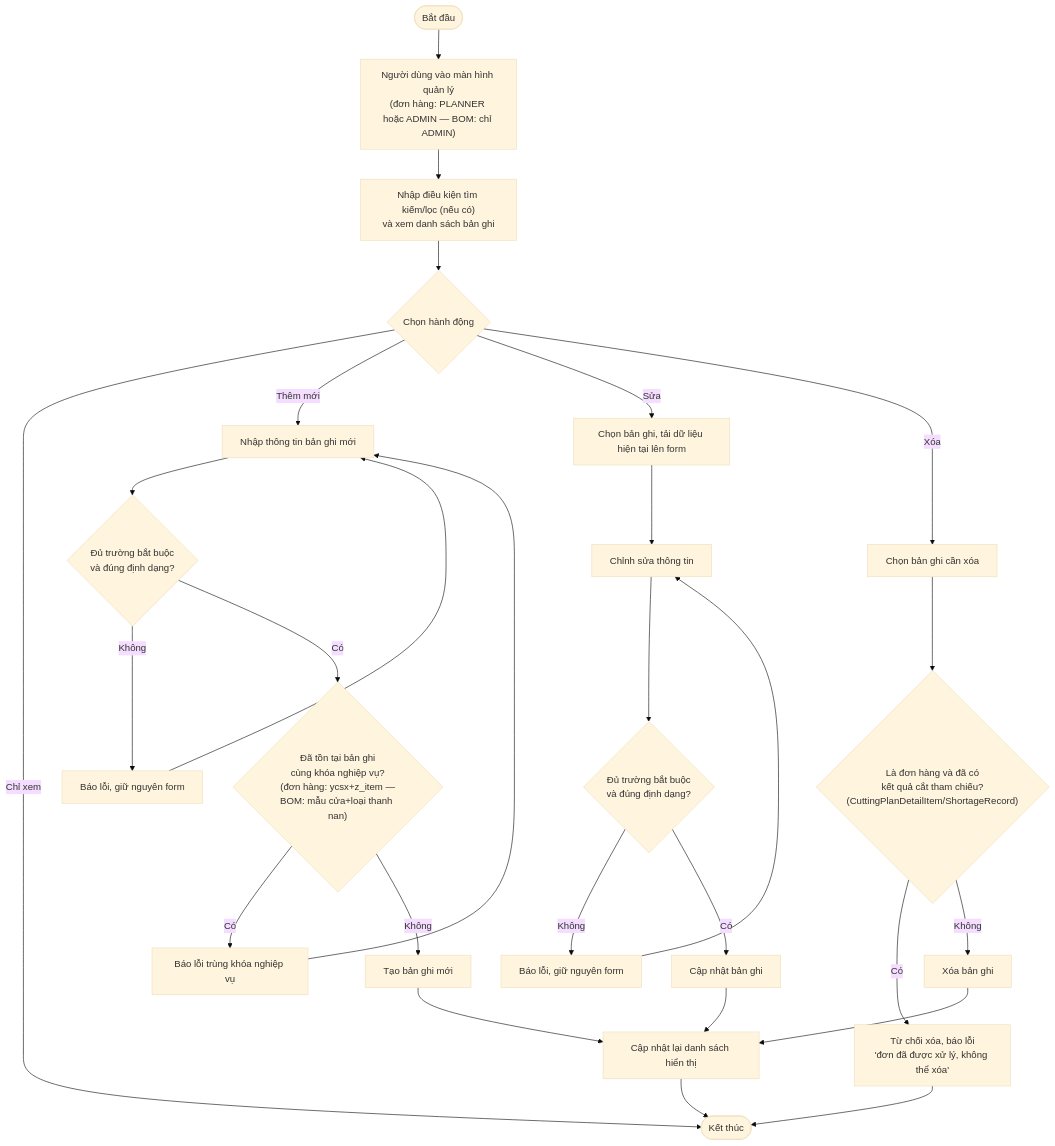
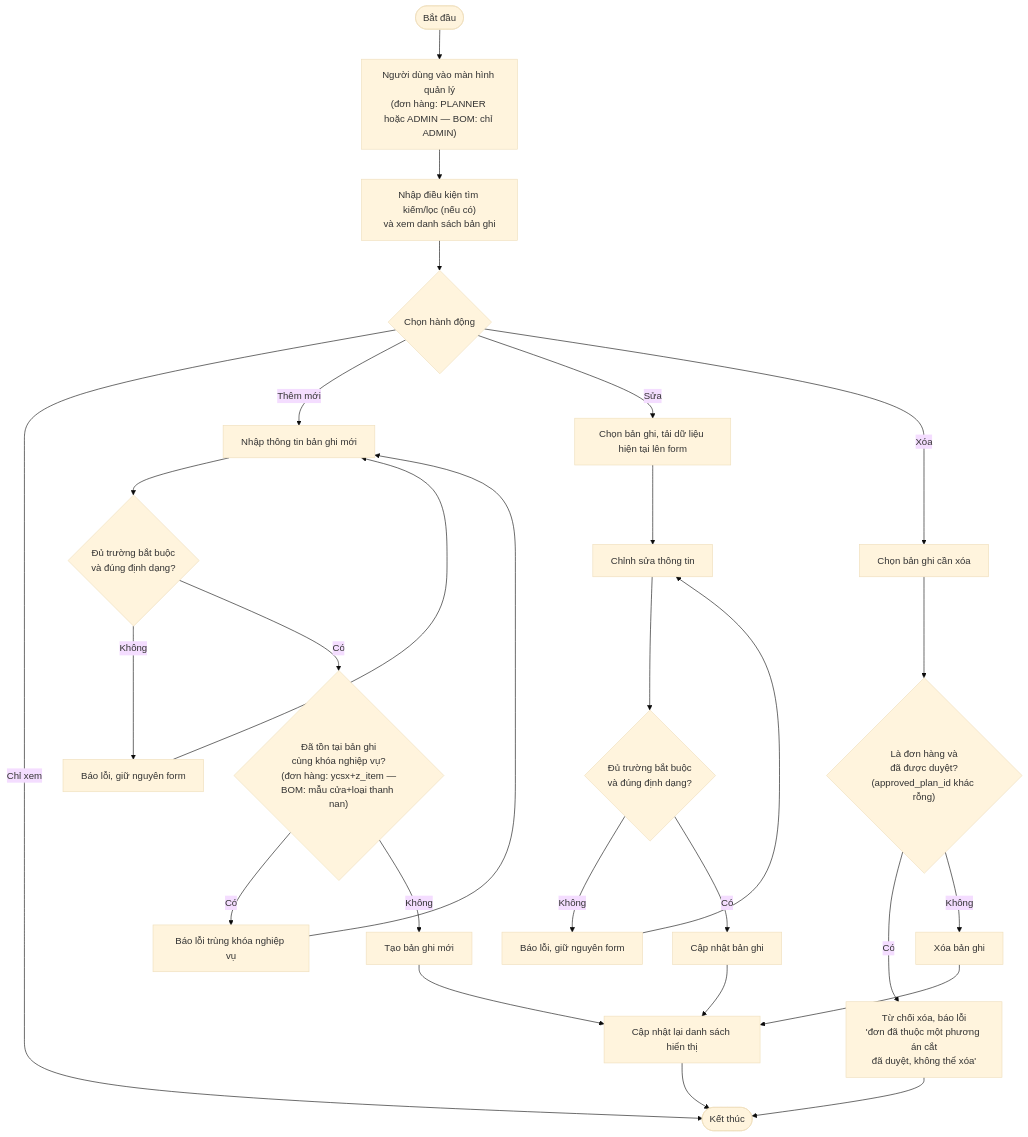
The second of 5 diagrams in docs/activity-diagrams.md (huydeptraii123/GraduationThesis), drawn with Mermaid (base theme) before and after one commit. The commit also changed other lines of this file and 5 other files, not shown here.

First line of the commit message:
docs: tách sơ đồ luồng tính/duyệt phương án cắt và bổ sung đặc tả báo cáo

````diff
--- a/docs/activity-diagrams.md
+++ b/docs/activity-diagrams.md
@@ -48,34 +48,34 @@
 ```mermaid
 flowchart TD
     A([Bắt đầu]) --> B["Người dùng vào màn hình quản lý<br/>(đơn hàng: PLANNER hoặc ADMIN — BOM: chỉ ADMIN)"]
     B --> C["Nhập điều kiện tìm kiếm/lọc (nếu có)<br/>và xem danh sách bản ghi"]
     C --> D{"Chọn hành động"}
 
     D -- "Chỉ xem" --> Z([Kết thúc])
 
     D -- "Thêm mới" --> E["Nhập thông tin bản ghi mới"]
     E --> F{"Đủ trường bắt buộc<br/>và đúng định dạng?"}
     F -- "Không" --> F1["Báo lỗi, giữ nguyên form"]
     F1 --> E
     F -- "Có" --> G{"Đã tồn tại bản ghi<br/>cùng khóa nghiệp vụ?<br/>(đơn hàng: ycsx+z_item —<br/>BOM: mẫu cửa+loại thanh nan)"}
     G -- "Có" --> G1["Báo lỗi trùng khóa nghiệp vụ"]
     G1 --> E
     G -- "Không" --> H["Tạo bản ghi mới"]
     H --> R["Cập nhật lại danh sách hiển thị"]
     R --> Z
 
     D -- "Sửa" --> J["Chọn bản ghi, tải dữ liệu hiện tại lên form"]
     J --> K["Chỉnh sửa thông tin"]
     K --> L{"Đủ trường bắt buộc<br/>và đúng định dạng?"}
     L -- "Không" --> L1["Báo lỗi, giữ nguyên form"]
     L1 --> K
     L -- "Có" --> M["Cập nhật bản ghi"]
     M --> R
 
     D -- "Xóa" --> N["Chọn bản ghi cần xóa"]
-    N --> O{"Là đơn hàng và đã có<br/>kết quả cắt tham chiếu?<br/>(CuttingPlanDetailItem/ShortageRecord)"}
-    O -- "Có" --> O1["Từ chối xóa, báo lỗi<br/>'đơn đã được xử lý, không thể xóa'"]
+    N --> O{"Là đơn hàng và<br/>đã được duyệt?<br/>(approved_plan_id khác rỗng)"}
+    O -- "Có" --> O1["Từ chối xóa, báo lỗi<br/>'đơn đã thuộc một phương án cắt<br/>đã duyệt, không thể xóa'"]
     O1 --> Z
     O -- "Không" --> P["Xóa bản ghi"]
     P --> R
 ```
````
